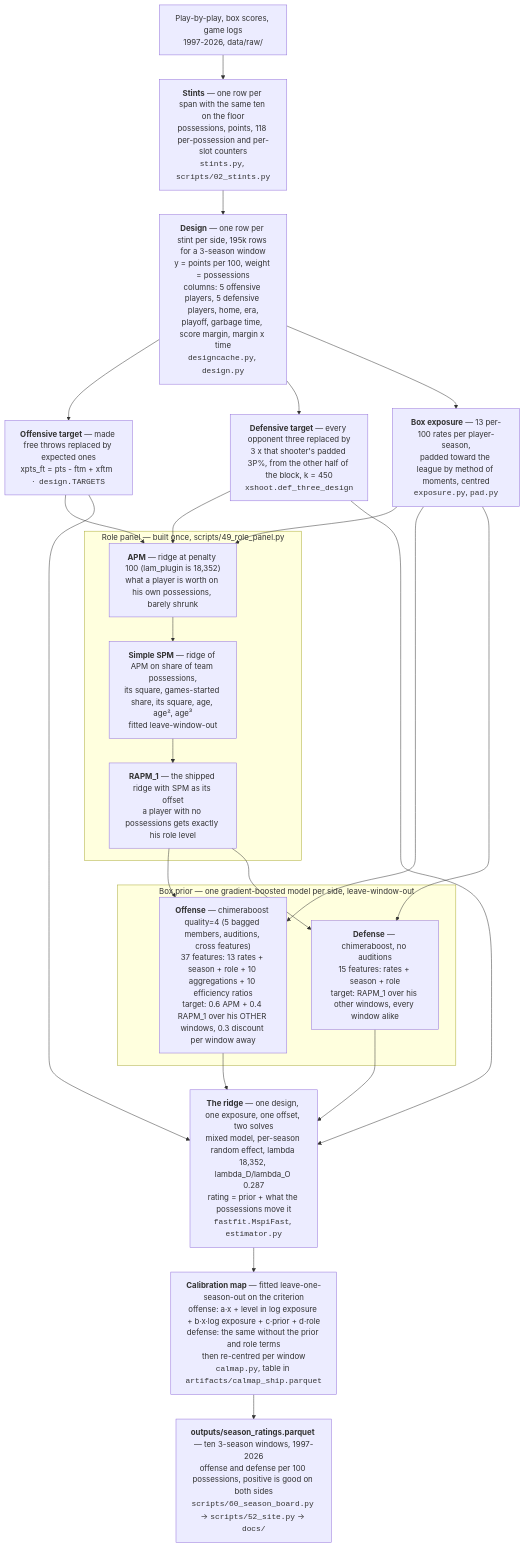
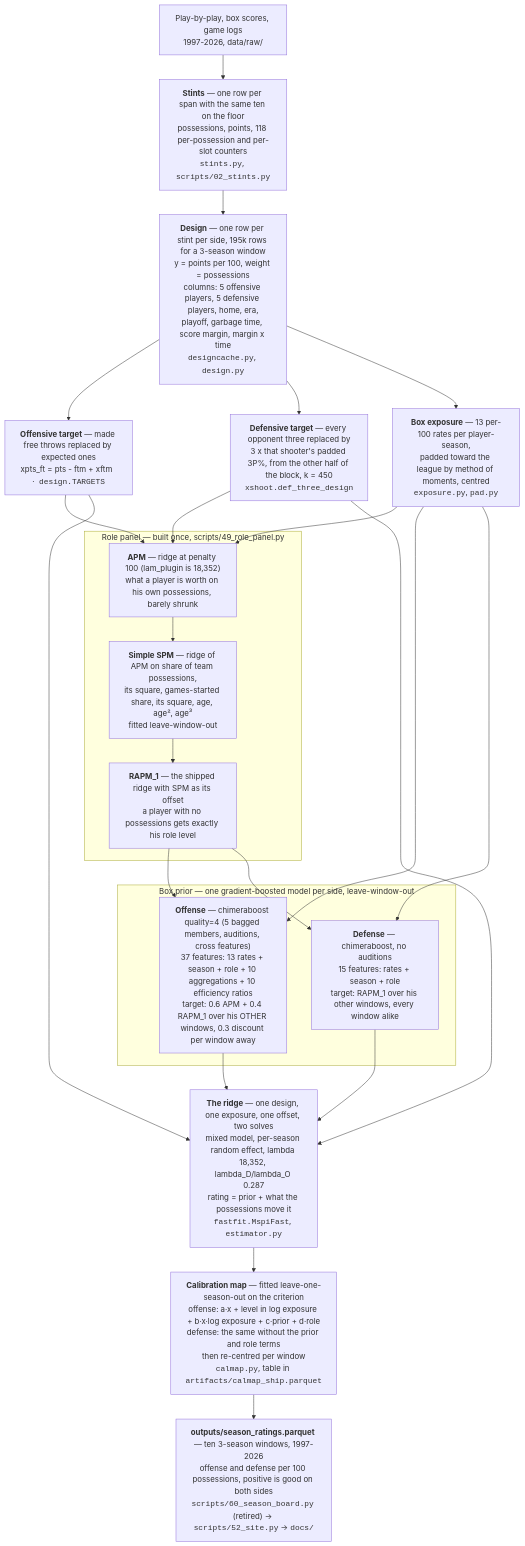
Before and after one commit to bbstats/openrapm: the third of 4 diagrams in PIPELINE.md, drawn with Mermaid. The commit also changed other lines of this file and 147 other files, not shown here.

````diff
--- a/PIPELINE.md
+++ b/PIPELINE.md
@@ -128,47 +128,47 @@
 ```mermaid
 flowchart TD
     RAW["Play-by-play, box scores, game logs<br/>1997-2026, data/raw/"]
     ST["<b>Stints</b> — one row per span with the same ten on the floor<br/>possessions, points, 118 per-possession and per-slot counters<br/><code>stints.py</code>, <code>scripts/02_stints.py</code>"]
     DES["<b>Design</b> — one row per stint per side, 195k rows for a 3-season window<br/>y = points per 100, weight = possessions<br/>columns: 5 offensive players, 5 defensive players, home, era,<br/>playoff, garbage time, score margin, margin x time<br/><code>designcache.py</code>, <code>design.py</code>"]
     TGO["<b>Offensive target</b> — made free throws replaced by expected ones<br/>xpts_ft = pts - ftm + xftm  ·  <code>design.TARGETS</code>"]
     TGD["<b>Defensive target</b> — every opponent three replaced by<br/>3 x that shooter's padded 3P%, from the other half of the block, k = 450<br/><code>xshoot.def_three_design</code>"]
     EXP["<b>Box exposure</b> — 13 per-100 rates per player-season,<br/>padded toward the league by method of moments, centred<br/><code>exposure.py</code>, <code>pad.py</code>"]
 
     RAW --> ST --> DES
     DES --> TGO
     DES --> TGD
     DES --> EXP
 
     subgraph PANEL["Role panel — built once, scripts/49_role_panel.py"]
         APM["<b>APM</b> — ridge at penalty 100 (lam_plugin is 18,352)<br/>what a player is worth on his own possessions, barely shrunk"]
         SPM["<b>Simple SPM</b> — ridge of APM on share of team possessions,<br/>its square, games-started share, its square, age, age², age³<br/>fitted leave-window-out"]
         R1["<b>RAPM_1</b> — the shipped ridge with SPM as its offset<br/>a player with no possessions gets exactly his role level"]
         APM --> SPM --> R1
     end
 
     EXP --> APM
     TGO --> APM
     TGD --> APM
 
     subgraph PRIOR["Box prior — one gradient-boosted model per side, leave-window-out"]
         PO["<b>Offense</b> — chimeraboost quality=4 (5 bagged members, auditions, cross features)<br/>37 features: 13 rates + season + role + 10 aggregations + 10 efficiency ratios<br/>target: 0.6 APM + 0.4 RAPM_1 over his OTHER windows, 0.3 discount per window away"]
         PD["<b>Defense</b> — chimeraboost, no auditions<br/>15 features: rates + season + role<br/>target: RAPM_1 over his other windows, every window alike"]
     end
 
     R1 --> PO
     R1 --> PD
     EXP --> PO
     EXP --> PD
 
     RIDGE["<b>The ridge</b> — one design, one exposure, one offset, two solves<br/>mixed model, per-season random effect, lambda 18,352, lambda_D/lambda_O 0.287<br/>rating = prior + what the possessions move it<br/><code>fastfit.MspiFast</code>, <code>estimator.py</code>"]
     PO --> RIDGE
     PD --> RIDGE
     TGO --> RIDGE
     TGD --> RIDGE
 
     MAP["<b>Calibration map</b> — fitted leave-one-season-out on the criterion<br/>offense: a·x + level in log exposure + b·x·log exposure + c·prior + d·role<br/>defense: the same without the prior and role terms<br/>then re-centred per window<br/><code>calmap.py</code>, table in <code>artifacts/calmap_ship.parquet</code>"]
     RIDGE --> MAP
 
-    OUT["<b>outputs/season_ratings.parquet</b> — ten 3-season windows, 1997-2026<br/>offense and defense per 100 possessions, positive is good on both sides<br/><code>scripts/60_season_board.py</code> → <code>scripts/52_site.py</code> → <code>docs/</code>"]
+    OUT["<b>outputs/season_ratings.parquet</b> — ten 3-season windows, 1997-2026<br/>offense and defense per 100 possessions, positive is good on both sides<br/><code>scripts/60_season_board.py</code> (retired) → <code>scripts/52_site.py</code> → <code>docs/</code>"]
     MAP --> OUT
 ```
````
